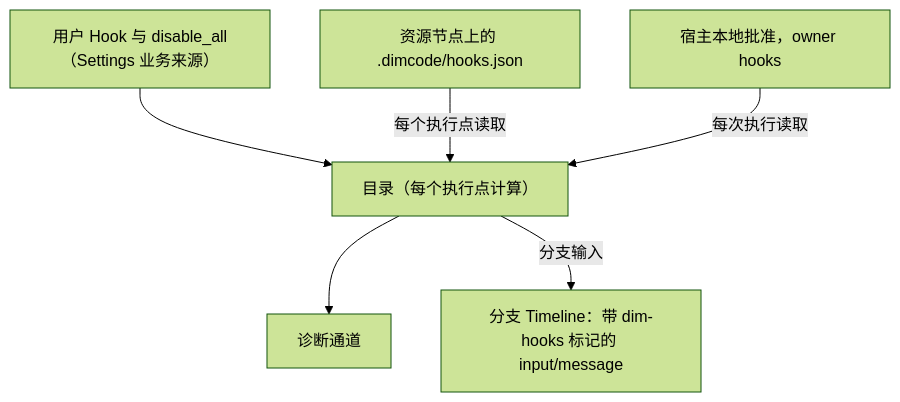
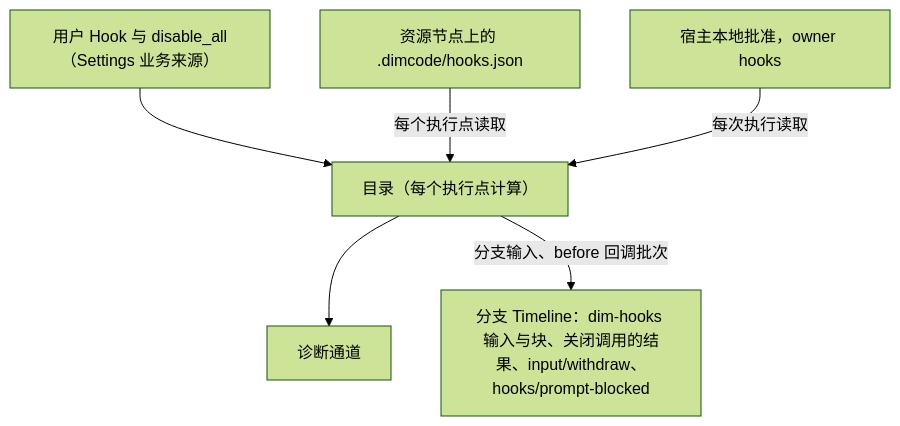
The second of 7 diagrams in docs/zh/design/plugins/Hooks.md (CoutinhoTTS/dim-agent), drawn with Mermaid (forest theme) before and after one commit. The commit also changed other lines of this file and 18 other files, not shown here.

Commit message:
docs(zh): sync translations with hooks via before callbacks and withdraw/delete events

````diff
--- a/docs/zh/design/plugins/Hooks.md
+++ b/docs/zh/design/plugins/Hooks.md
@@ -54,14 +53,14 @@
 ```mermaid
 flowchart TB
   UserCfg["用户 Hook 与 disable_all（Settings 业务来源）"]
   ProjFile["资源节点上的 .dimcode/hooks.json"]
   Grants["宿主本地批准，owner hooks"]
   Catalog["目录（每个执行点计算）"]
   Diag["诊断通道"]
-  TL["分支 Timeline：带 dim-hooks 标记的 input/message"]
+  TL["分支 Timeline：dim-hooks 输入与块、关闭调用的结果、input/withdraw、hooks/prompt-blocked"]
   UserCfg --> Catalog
   ProjFile -->|"每个执行点读取"| Catalog
   Grants -->|"每次执行读取"| Catalog
   Catalog --> Diag
-  Catalog -->|"分支输入"| TL
+  Catalog -->|"分支输入、before 回调批次"| TL
 ```
````
